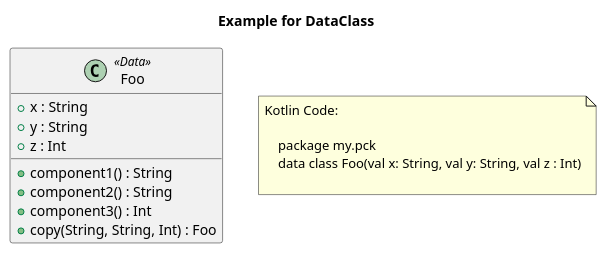
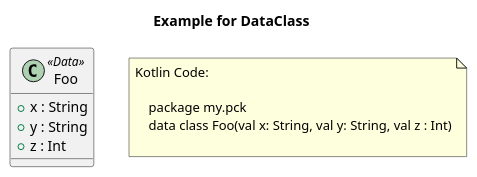
The diagram in doc/plantuml/DataClass.puml (Tosaa/ksp-plantuml), drawn with PlantUML before and after one commit. The commit also changed 24 other files, not shown here.

```diff
--- a/doc/plantuml/DataClass.puml
+++ b/doc/plantuml/DataClass.puml
@@ -1,26 +1,22 @@
 @startuml
 title Example for DataClass
 'This file is generated by the GenerateExamplesForDoc test.
 
     'my.pck.Foo
     class "Foo" as my_pck_Foo <<Data>>{
         + x : String
 		+ y : String
 		+ z : Int
-		+ component1() : String
-		+ component2() : String
-		+ component3() : Int
-		+ copy(String, String, Int) : Foo
     }
 
 
 
 note as note_of_code
 Kotlin Code:
 
     package my.pck
     data class Foo(val x: String, val y: String, val z : Int)
     
 end note
 
 @enduml
```
